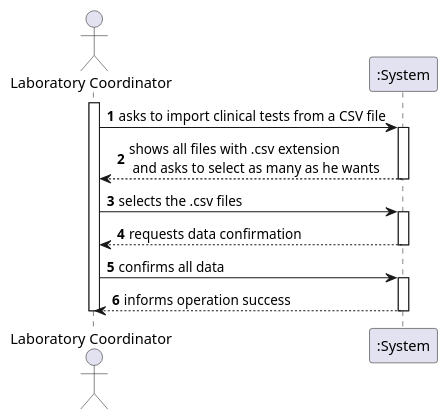
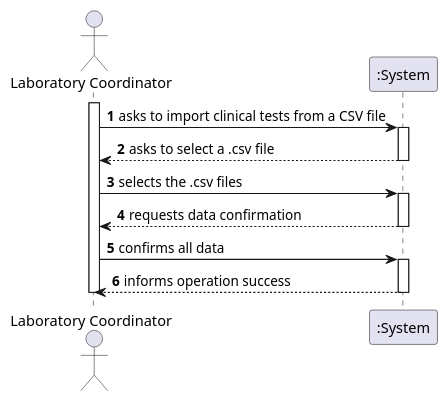
The diagram in docs/SprintD/US17_ImportClinicalTests/US017_SSD.puml (Pedromaia26/LAPR2-ISEP), drawn with PlantUML before and after one commit. The commit also changed 10 other files, not shown here.

```diff
--- a/docs/SprintD/US17_ImportClinicalTests/US017_SSD.puml
+++ b/docs/SprintD/US17_ImportClinicalTests/US017_SSD.puml
@@ -1,26 +1,26 @@
 @startuml
 'https://plantuml.com/sequence-diagram
 
 autonumber
 
 actor "Laboratory Coordinator" as LC
 participant ":System" as S
 
 activate LC
 
 LC -> S: asks to import clinical tests from a CSV file
 activate S
-S --> LC: shows all files with .csv extension\n and asks to select as many as he wants
+S --> LC:   asks to select a .csv file
 deactivate S
 LC -> S: selects the .csv files
 activate S
 S --> LC: requests data confirmation
 deactivate S
 LC -> S: confirms all data
 activate S
 S --> LC: informs operation success
 deactivate S
 
 deactivate LC
 
 @enduml
```
